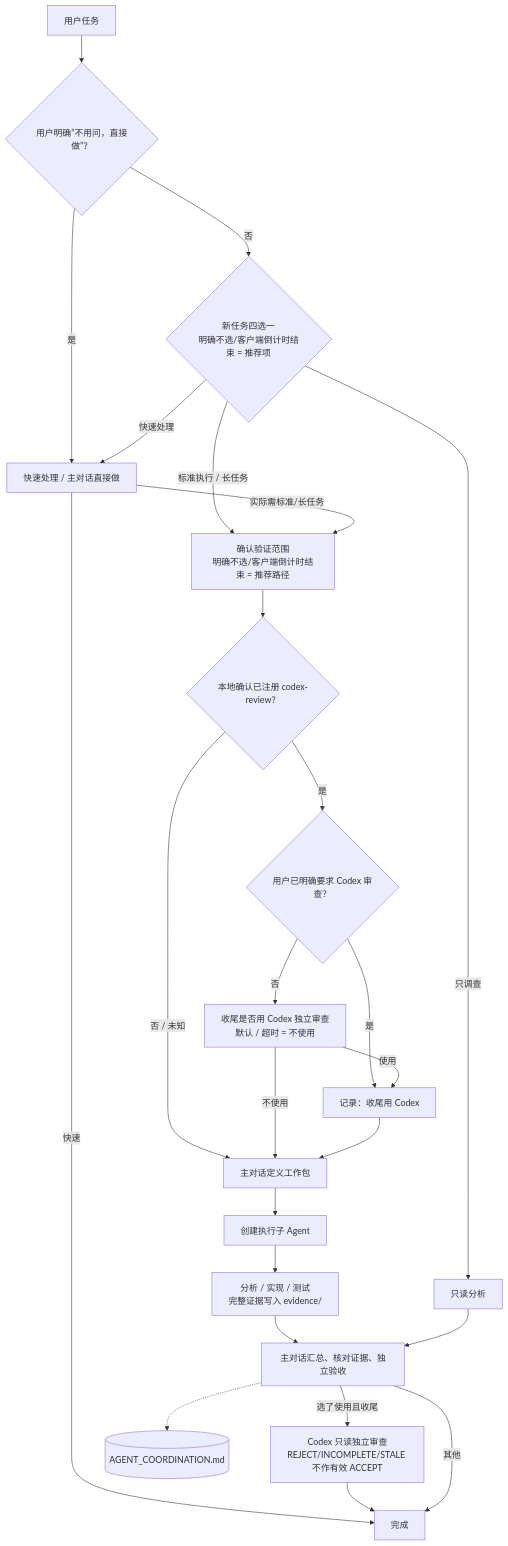
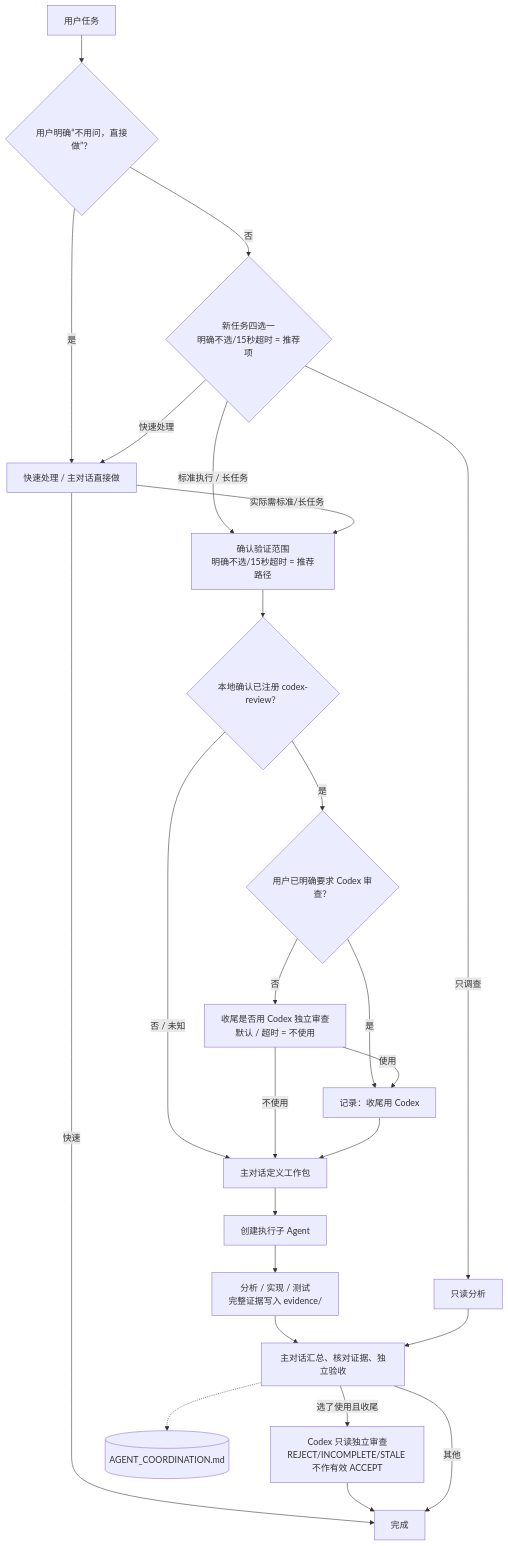
The diagram in docs/单对话subagent-两级协作协议.md (jinsc123654/single-conversation-subagent-skill), drawn with Mermaid before and after one commit. The commit also changed other lines of this file and 5 other files, not shown here.

````diff
--- a/docs/单对话subagent-两级协作协议.md
+++ b/docs/单对话subagent-两级协作协议.md
@@ -15,27 +15,27 @@
 ```mermaid
 flowchart TD
     U[用户任务] --> E0{用户明确“不用问，直接做”？}
     E0 -->|是| F[快速处理 / 主对话直接做]
-    E0 -->|否| Q{新任务四选一<br/>明确不选/客户端倒计时结束 = 推荐项}
+    E0 -->|否| Q{新任务四选一<br/>明确不选/15秒超时 = 推荐项}
     Q -->|快速处理| F
     Q -->|只调查| R[只读分析]
-    Q -->|标准执行 / 长任务| V[确认验证范围<br/>明确不选/客户端倒计时结束 = 推荐路径]
+    Q -->|标准执行 / 长任务| V[确认验证范围<br/>明确不选/15秒超时 = 推荐路径]
     F -->|实际需标准/长任务| V
     F -->|快速| D[完成]
     V --> CI{本地确认已注册 codex-review？}
     CI -->|否 / 未知| W[主对话定义工作包]
     CI -->|是| CQ{用户已明确要求 Codex 审查？}
     CQ -->|是| R0[记录：收尾用 Codex]
     CQ -->|否| CV[收尾是否用 Codex 独立审查<br/>默认 / 超时 = 不使用]
     CV -->|使用| R0
     CV -->|不使用| W
     R0 --> W
     W --> E[创建执行子 Agent]
     E --> X[分析 / 实现 / 测试<br/>完整证据写入 evidence/]
     X --> M[主对话汇总、核对证据、独立验收]
     R --> M
     M -->|选了使用且收尾| CR[Codex 只读独立审查<br/>REJECT/INCOMPLETE/STALE 不作有效 ACCEPT]
     CR --> D
     M -->|其他| D
     M -.-> C[(AGENT_COORDINATION.md)]
 ```
````
